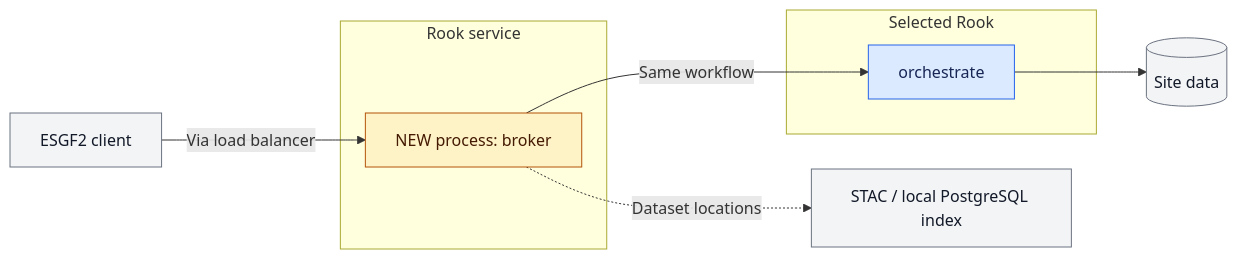
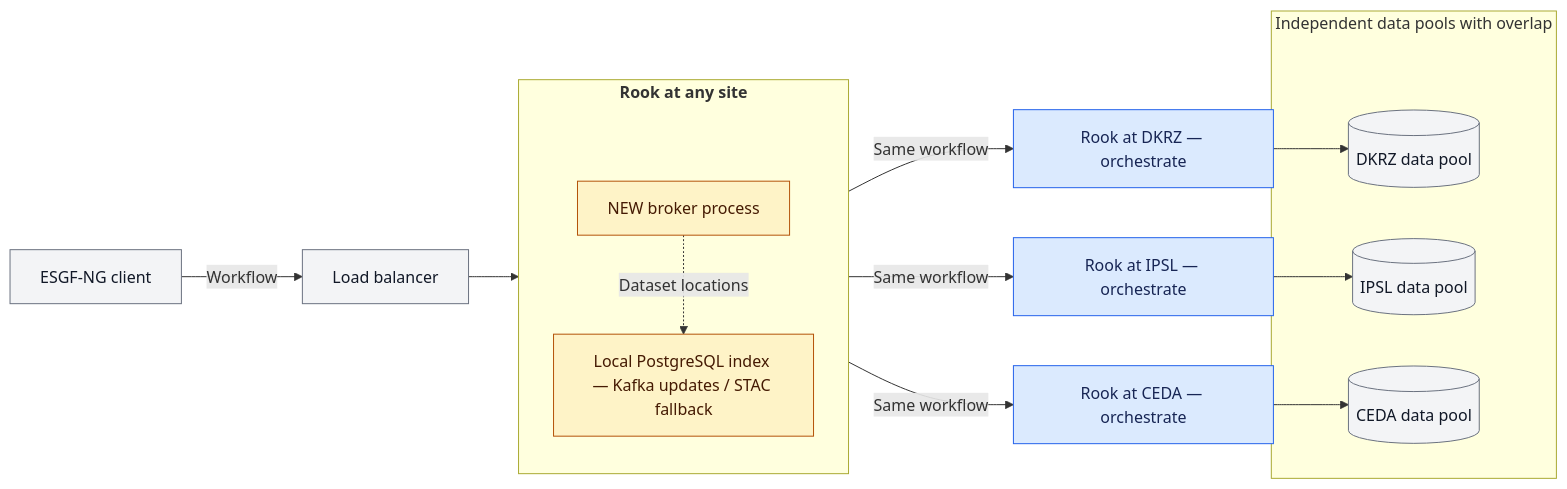
The fourth of 11 diagrams in Rook_WPS_ESGF2_talk_draft.md (roocs/rook), drawn with Mermaid before and after one commit. The commit also changed other lines of this file and 2 other files, not shown here.

First line of the commit message:
Update slides ESGF-NG (#384)

````diff
--- a/Rook_WPS_ESGF2_talk_draft.md
+++ b/Rook_WPS_ESGF2_talk_draft.md
@@ -141,18 +157,27 @@
 ```mermaid
+%%{init: {"flowchart": {"subGraphTitleMargin": {"top": 0, "bottom": 64}}}}%%
 flowchart LR
-    Client["ESGF2 client"] -->|"Via load balancer"| Broker
-    subgraph Rook["Rook service"]
-        Broker["NEW process: broker"]
+    Client["ESGF-NG client"] -->|"Workflow"| LB["Load balancer"]
+    LB --> Routing
+    subgraph Routing["`**Rook at any site**`"]
+        direction TB
+        Broker["NEW broker process"]
+        Broker -.->|"Dataset locations"| Index["Local PostgreSQL index — Kafka updates / STAC fallback"]
     end
-    subgraph Selected["Selected Rook"]
-        Orchestrate["orchestrate"]
+    Routing -->|"Same workflow"| DKRZ["Rook at DKRZ — orchestrate"]
+    Routing -->|"Same workflow"| IPSL["Rook at IPSL — orchestrate"]
+    Routing -->|"Same workflow"| CEDA["Rook at CEDA — orchestrate"]
+    subgraph Independent["Independent data pools with overlap"]
+        DataDKRZ[("DKRZ data pool")]
+        DataIPSL[("IPSL data pool")]
+        DataCEDA[("CEDA data pool")]
     end
-    Broker -->|"Same workflow"| Orchestrate
-    Orchestrate --> Data[("Site data")]
-    Broker -.->|"Dataset locations"| Lookup["STAC / local PostgreSQL index"]
+    DKRZ --> DataDKRZ
+    IPSL --> DataIPSL
+    CEDA --> DataCEDA
     classDef default fill:#f3f4f6,stroke:#6b7280,color:#111827
     classDef rook fill:#dbeafe,stroke:#2563eb,color:#172554
     classDef new fill:#fef3c7,stroke:#b45309,color:#451a03
-    class Orchestrate rook
-    class Broker new
+    class DKRZ,IPSL,CEDA rook
+    class Broker,Index new
 ```
````
